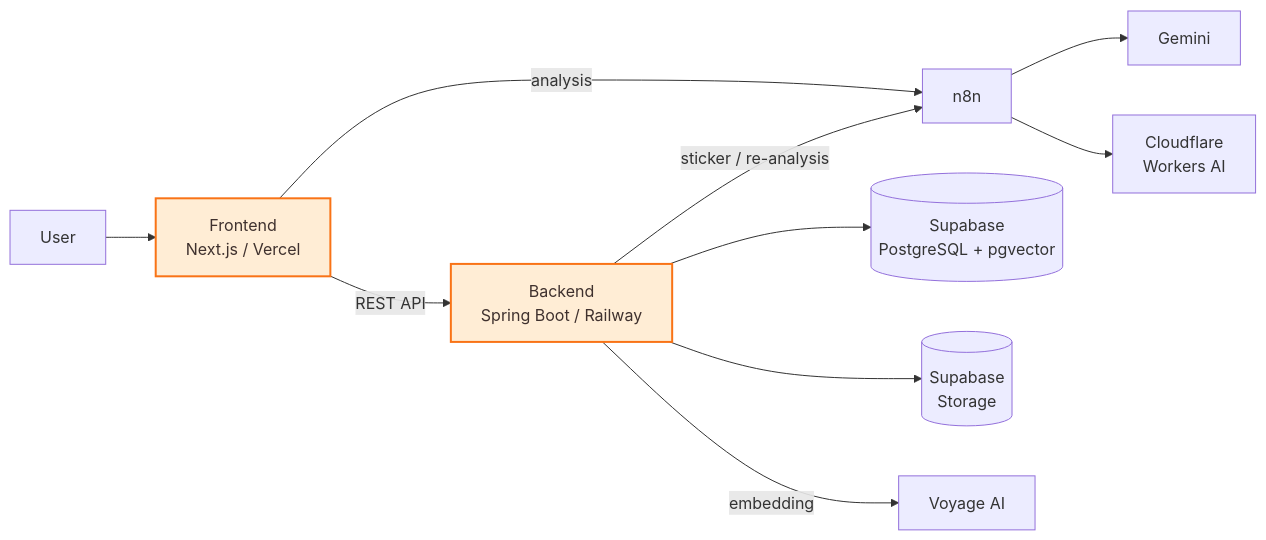
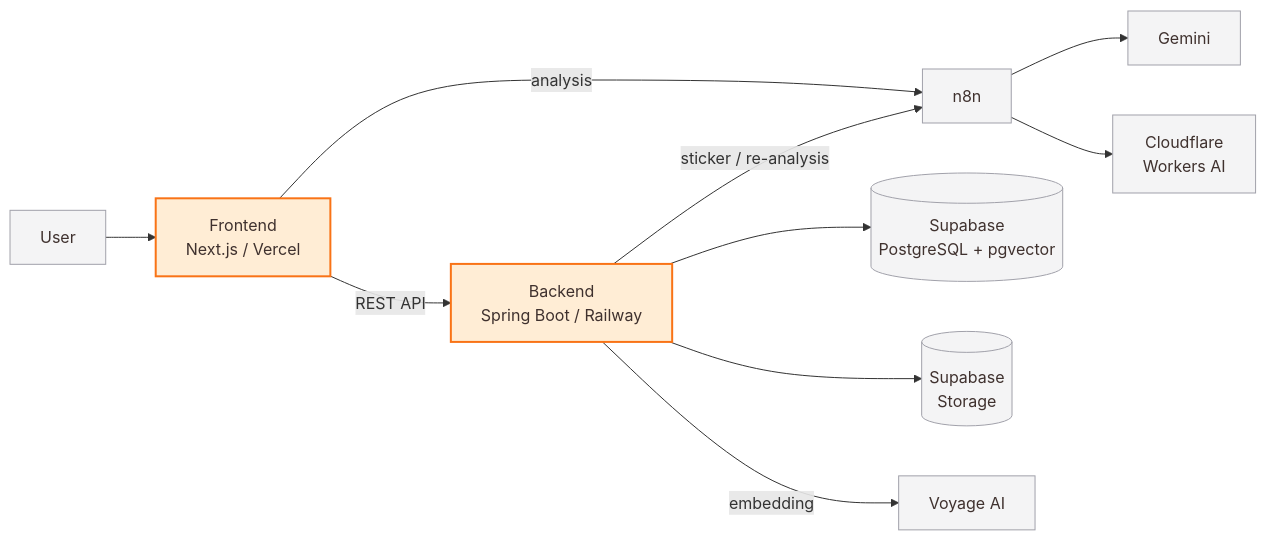
One commit to idlms9/tada-frontend changed the first of 3 diagrams in README.md. Above: the diagram before and after it, drawn with Mermaid. The commit also changed other lines of this file, not shown here.

````diff
--- a/README.md
+++ b/README.md
@@ -73,15 +73,17 @@
 ```mermaid
 flowchart LR
   U["User"] --> FE["Frontend<br/>Next.js / Vercel"]
   FE -->|"REST API"| BE["Backend<br/>Spring Boot / Railway"]
   FE -->|"analysis"| N8N["n8n"]
   BE -->|"sticker / re-analysis"| N8N
   BE --> DB[("Supabase<br/>PostgreSQL + pgvector")]
   BE --> ST[("Supabase<br/>Storage")]
   BE -->|"embedding"| V["Voyage AI"]
   N8N --> G["Gemini"]
   N8N --> C["Cloudflare<br/>Workers AI"]
 
   classDef mine fill:#FFEDD5,stroke:#F97316,stroke-width:2px,color:#3F312E;
+  classDef team fill:#F4F4F5,stroke:#A1A1AA,color:#3F312E;
   class FE,BE mine;
+  class U,N8N,DB,ST,V,G,C team;
 ```
````
